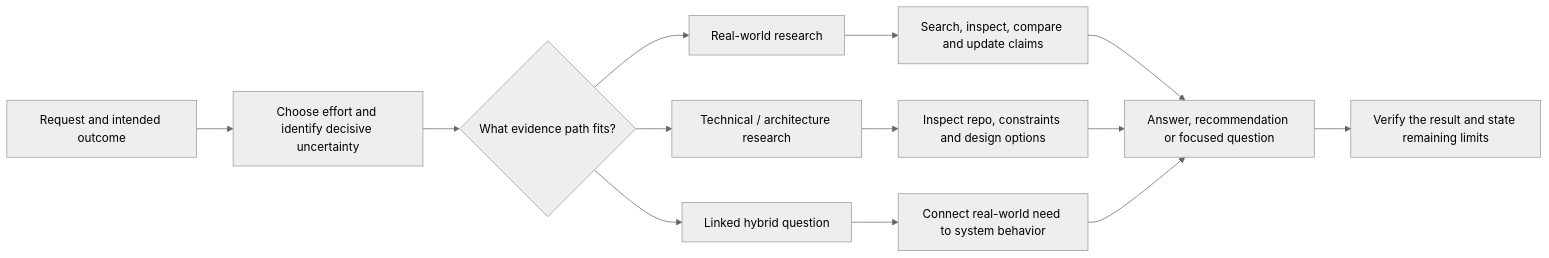
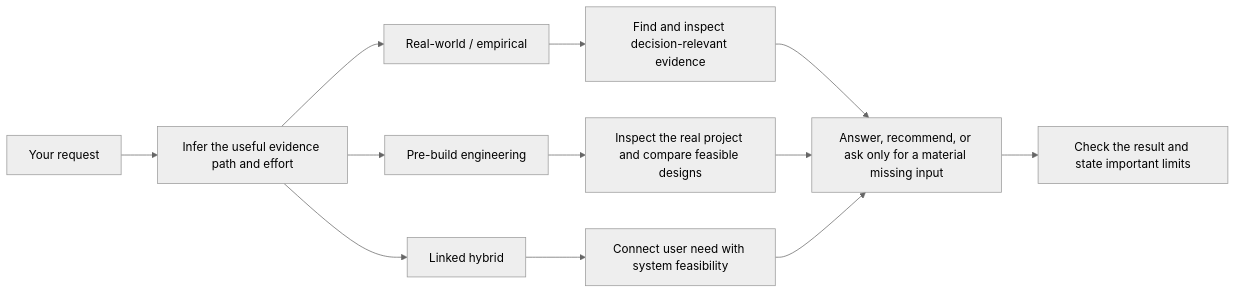
One commit to zy839971925-zyy/Agent--deep-research-Workflow-Skills changed the second of 2 diagrams in README.md. Above: the diagram before and after it, drawn with Mermaid (neutral theme). The commit also changed other lines of this file and 107 other files, not shown here.

First line of the commit message:
feat: infer research lens and workflow depth (#6)

````diff
--- a/README.md
+++ b/README.md
@@ -23,15 +104,14 @@
 ```mermaid
 flowchart LR
-  A[Request and intended outcome] --> B[Choose effort and identify decisive uncertainty]
-  B --> C{What evidence path fits?}
-  C --> D[Real-world research]
-  C --> E[Technical / architecture research]
-  C --> F[Linked hybrid question]
-  D --> G[Search, inspect, compare and update claims]
-  E --> H[Inspect repo, constraints and design options]
-  F --> I[Connect real-world need to system behavior]
-  G --> J[Answer, recommendation or focused question]
-  H --> J
-  I --> J
-  J --> K[Verify the result and state remaining limits]
+  A[Your request] --> B[Infer the useful evidence path and effort]
+  B --> C[Real-world / empirical]
+  B --> D[Pre-build engineering]
+  B --> E[Linked hybrid]
+  C --> F[Find and inspect decision-relevant evidence]
+  D --> G[Inspect the real project and compare feasible designs]
+  E --> H[Connect user need with system feasibility]
+  F --> I[Answer, recommend, or ask only for a material missing input]
+  G --> I
+  H --> I
+  I --> J[Check the result and state important limits]
 ```
````
